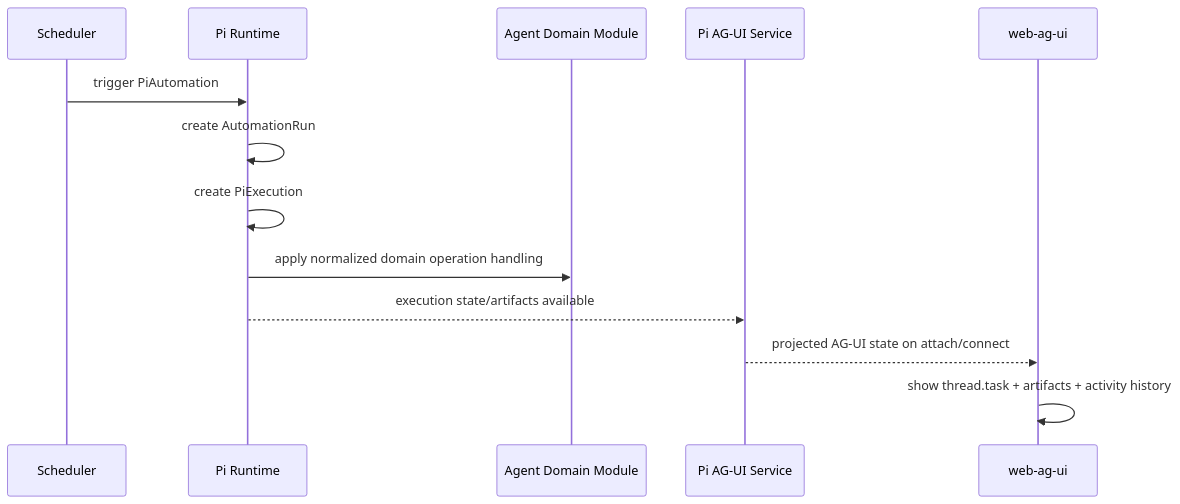
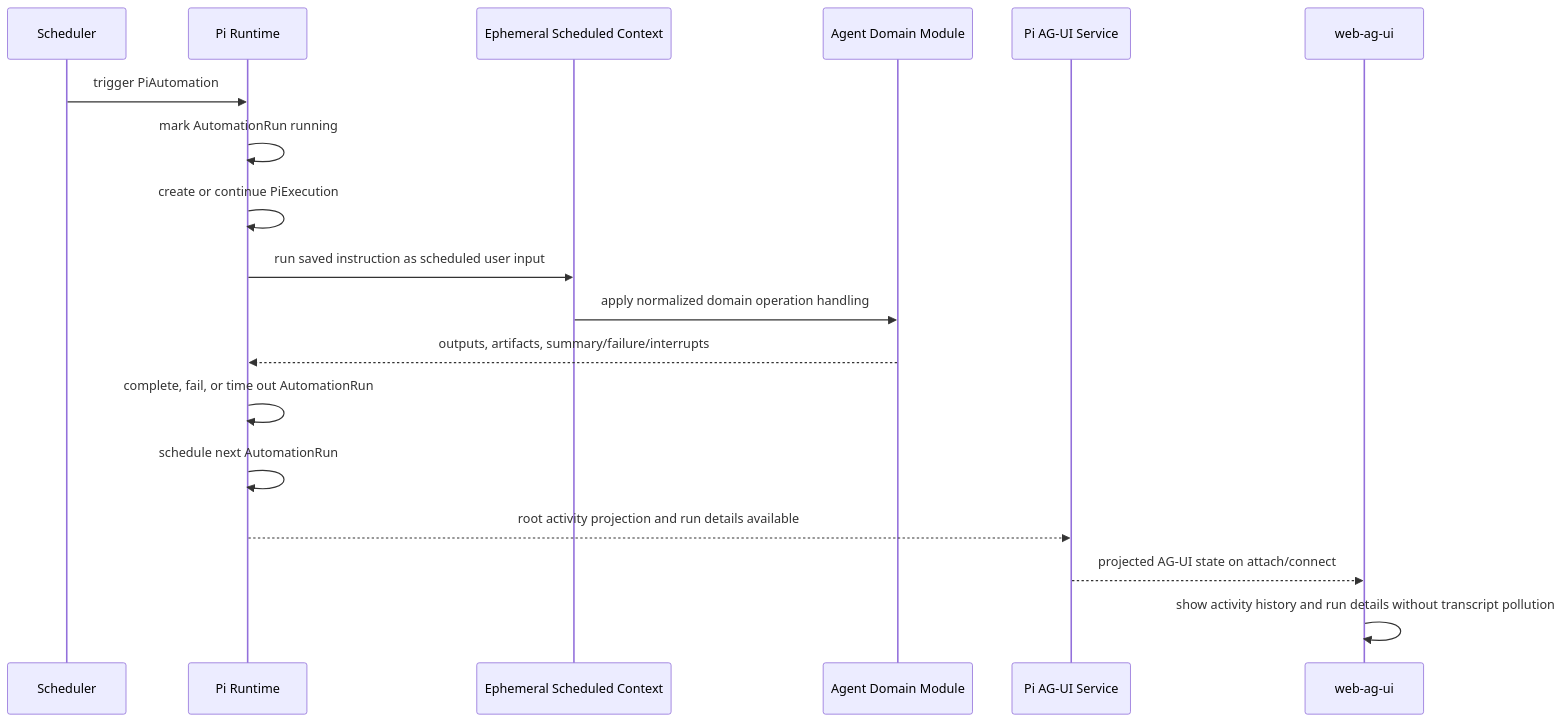
One commit to EmberAGI/arbitrum-vibekit changed the sixth of 7 diagrams in typescript/clients/web-ag-ui/docs/c4-pi-runtime-architecture-and-boundaries.md. Above: the diagram before and after it, drawn with Mermaid. The commit also changed other lines of this file and 9 other files, not shown here.

Commit message:
fix(agent-runtime): harden scheduled automation runs

````diff
--- a/typescript/clients/web-ag-ui/docs/c4-pi-runtime-architecture-and-boundaries.md
+++ b/typescript/clients/web-ag-ui/docs/c4-pi-runtime-architecture-and-boundaries.md
@@ -331,16 +339,21 @@
 ```mermaid
 sequenceDiagram
   participant SCH as Scheduler
   participant RT as Pi Runtime
+  participant CTX as Ephemeral Scheduled Context
   participant DM as Agent Domain Module
   participant AG as Pi AG-UI Service
   participant Web as web-ag-ui
 
   SCH->>RT: trigger PiAutomation
-  RT->>RT: create AutomationRun
-  RT->>RT: create PiExecution
-  RT->>DM: apply normalized domain operation handling
-  RT-->>AG: execution state/artifacts available
+  RT->>RT: mark AutomationRun running
+  RT->>RT: create or continue PiExecution
+  RT->>CTX: run saved instruction as scheduled user input
+  CTX->>DM: apply normalized domain operation handling
+  DM-->>RT: outputs, artifacts, summary/failure/interrupts
+  RT->>RT: complete, fail, or time out AutomationRun
+  RT->>RT: schedule next AutomationRun
+  RT-->>AG: root activity projection and run details available
   AG-->>Web: projected AG-UI state on attach/connect
-  Web->>Web: show thread.task + artifacts + activity history
+  Web->>Web: show activity history and run details without transcript pollution
 ```
````
